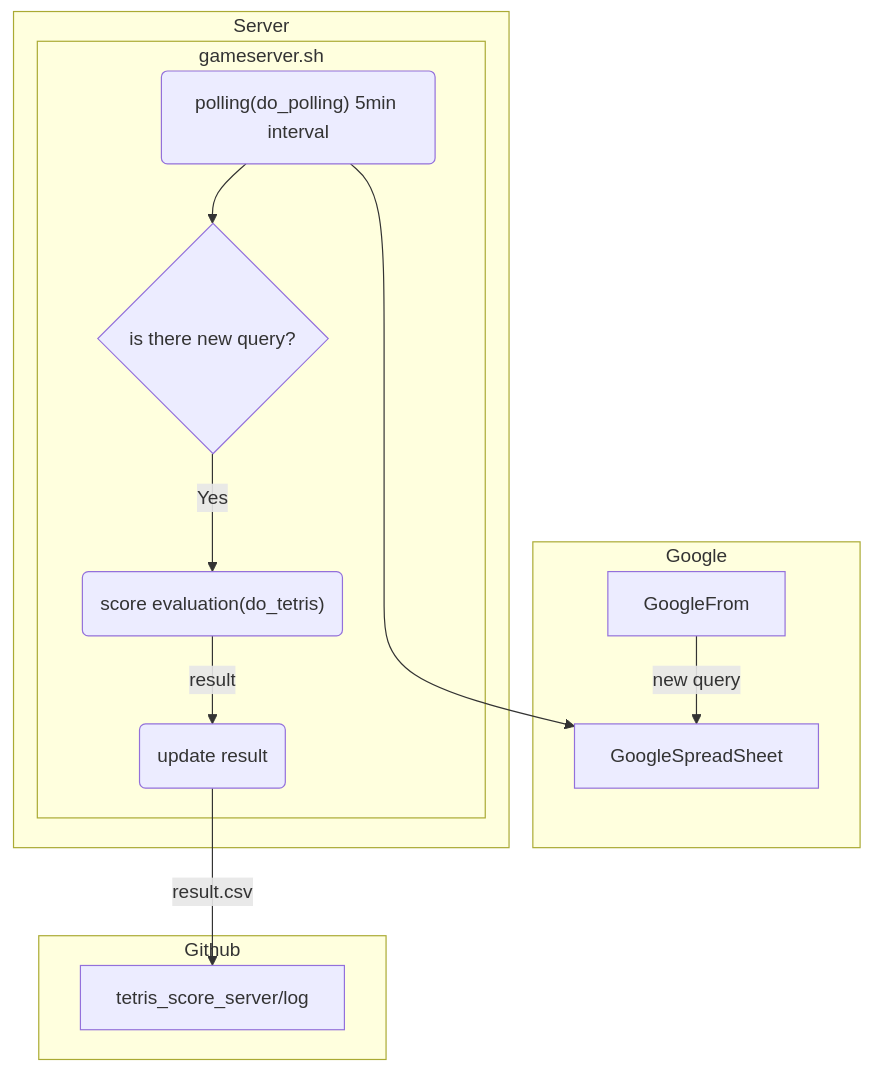
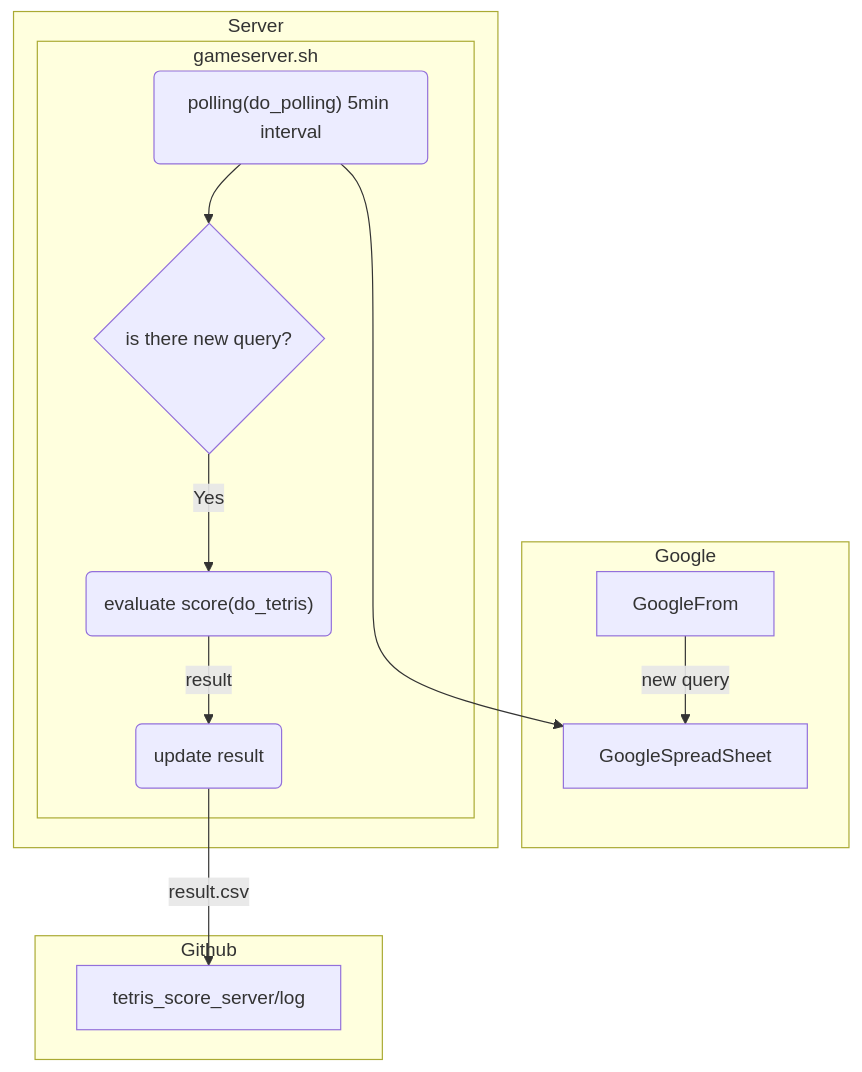
Before and after one commit to ChallengeClub/tetris_score_server: the diagram in README.md, drawn with Mermaid.

````diff
--- a/README.md
+++ b/README.md
@@ -23,21 +23,20 @@
 ```mermaid
-  graph TD;
+  graph TD
+
   subgraph Google
-  A1[GoogleFrom] --new query--> A2[GoogleSpreadSheet]
+    A1[GoogleFrom] --new query--> A2[GoogleSpreadSheet]
   end
+
   subgraph Server
-  subgraph gameserver.sh
-  C1("polling(do_polling) 5min interval") ---->A2
-  C1 --> C2{is there new query?}
-  C2 --Yes--> C3("score evaluation(do_tetris)")
-  C3 --result--> C4("update result")
-  end
+    subgraph gameserver.sh
+        C1("polling(do_polling) 5min interval") ---->A2
+        C1 --> C2{is there new query?}
+        C2 --Yes--> C3("evaluate score(do_tetris)")
+        C3 --result--> C4("update result")
+    end
   end
 
   subgraph Github
-  C4 --result.csv-->D1[tetris_score_server/log]
+    C4 --result.csv-->D1[tetris_score_server/log]
   end
-
-
-
 ```
````
